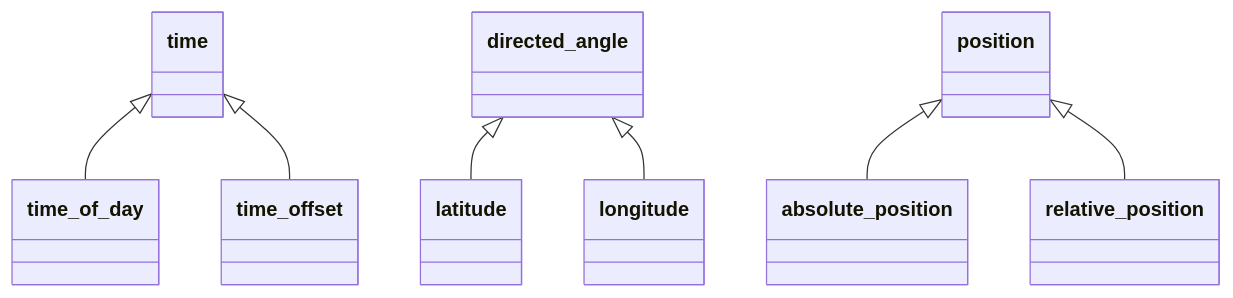
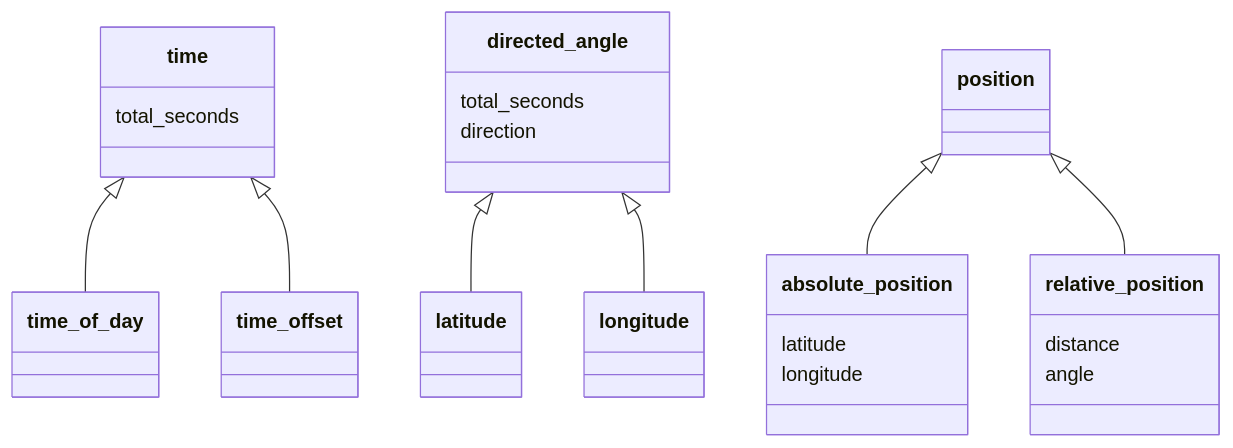
One commit to fraya/dylan-programming-book changed the diagram in doc/architecture.md. Above: the diagram before and after it, drawn with Mermaid.

Commit message:
Add slots

````diff
--- a/doc/architecture.md
+++ b/doc/architecture.md
@@ -5,9 +5,16 @@
 ```mermaid
 classDiagram
+      time : total_seconds
       time <|-- time_of_day
       time <|-- time_offset
+      directed_angle : total_seconds
+      directed_angle : direction
       directed_angle <|-- latitude
       directed_angle <|-- longitude
       position <|-- absolute_position
+      absolute_position : latitude
+      absolute_position : longitude
       position <|-- relative_position
+      relative_position : distance
+      relative_position : angle
 ```
````
